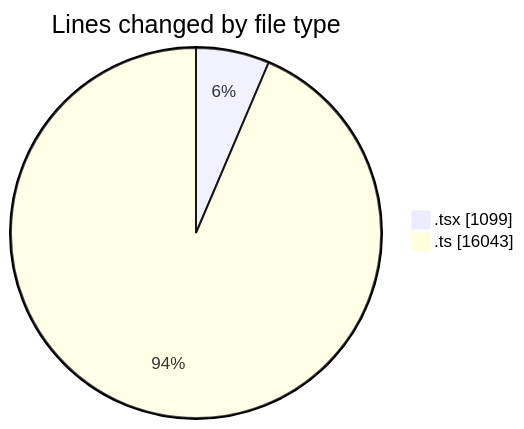
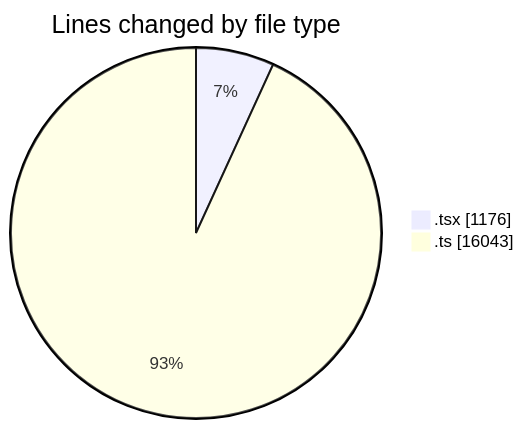
The first of 2 diagrams in 2025-07-07/cda/README.md (momahboobian/code-tracking), drawn with Mermaid before and after one commit. The commit also changed other lines of this file and 1 other file, not shown here.

````diff
--- a/2025-07-07/cda/README.md
+++ b/2025-07-07/cda/README.md
@@ -25,6 +25,6 @@
 ```mermaid
 pie showData
 title Lines changed by file type
-".tsx" : 1099
+".tsx" : 1176
 ".ts" : 16043
 ```
````
